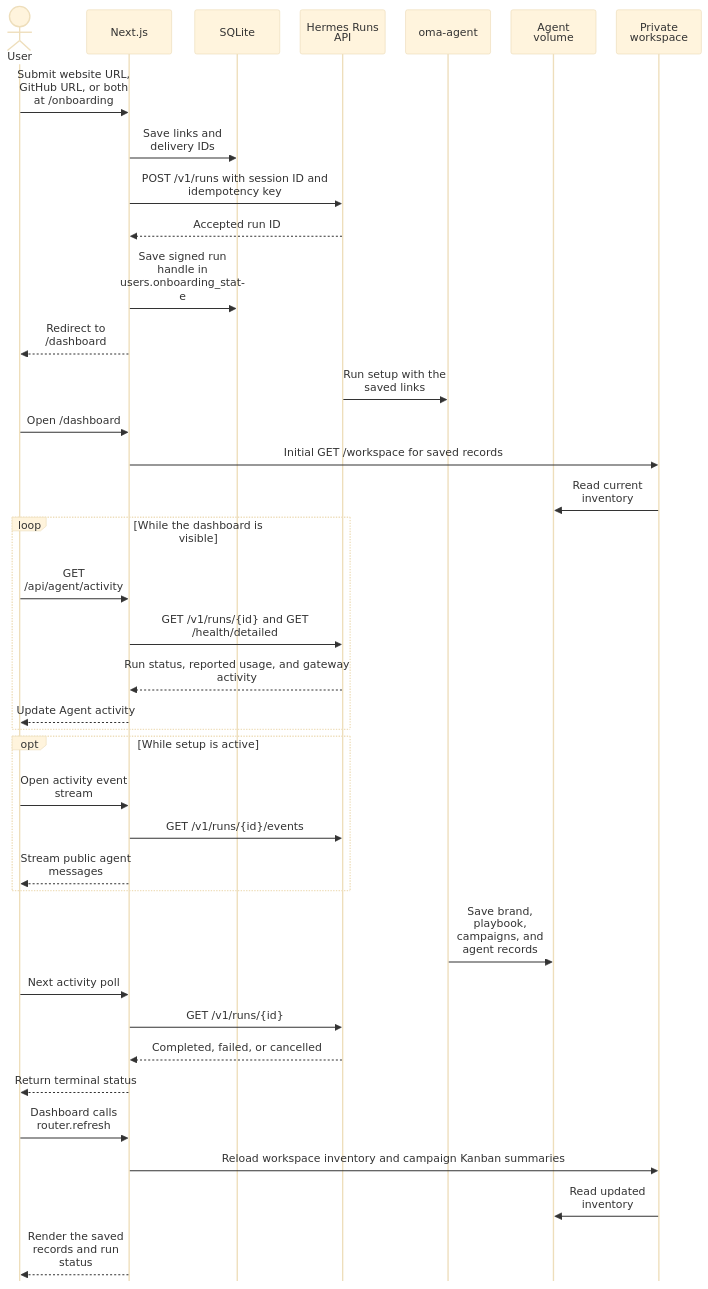
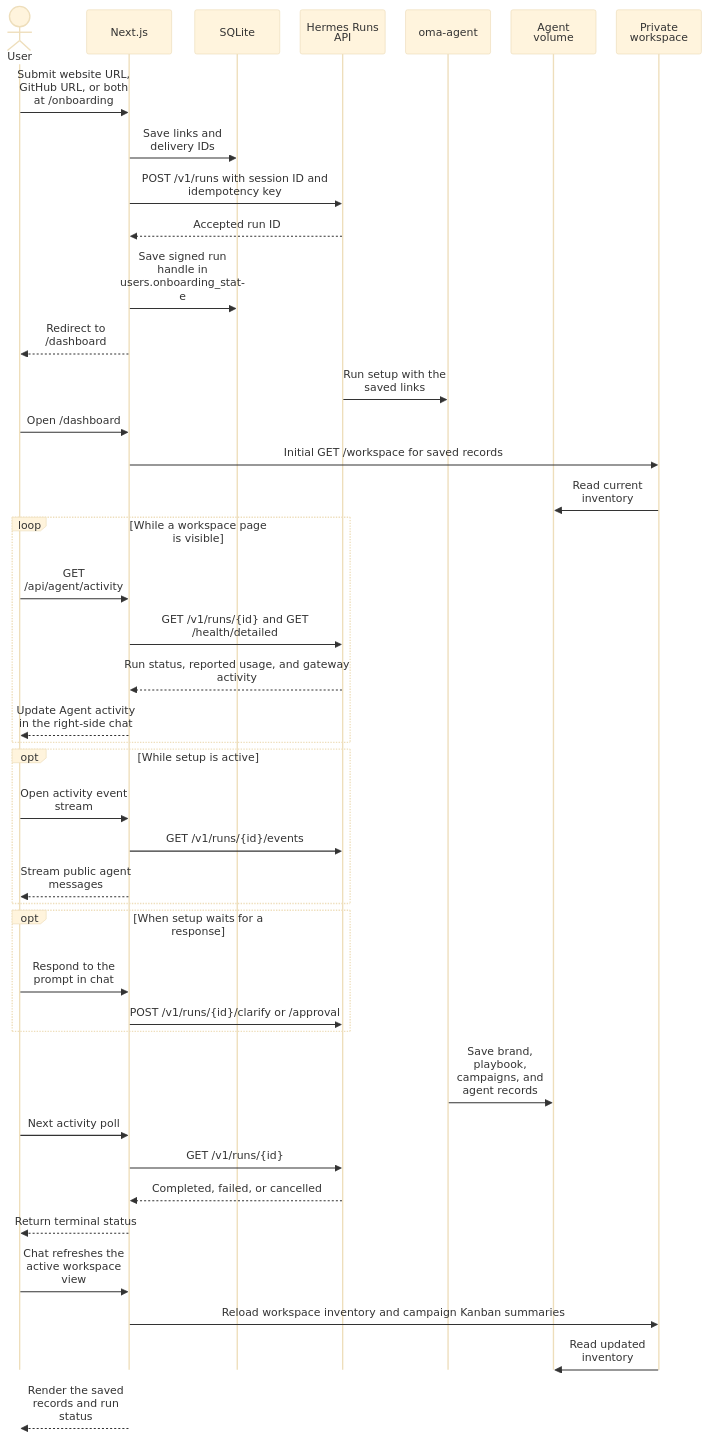
The third of 7 diagrams in docs/architecture.md (openmarketing-agency/openmarketing.agency), drawn with Mermaid (base theme) before and after one commit. The commit also changed other lines of this file and 2 other files, not shown here.

Commit message:
docs: document workspace chat and setup activity

````diff
--- a/docs/architecture.md
+++ b/docs/architecture.md
@@ -104,50 +104,54 @@
 ```mermaid
 ---
 config:
   sequence:
     actorMargin: 30
     width: 125
     diagramMarginX: 12
     wrap: true
     mirrorActors: false
 ---
 sequenceDiagram
     actor User
     participant Next as Next.js
     participant DB as SQLite
     participant Runs as Hermes Runs API
     participant Agent as oma-agent
     participant Disk as Agent volume
     participant WS as Private workspace
 
     User->>Next: Submit website URL, GitHub URL, or both at /onboarding
     Next->>DB: Save links and delivery IDs
     Next->>Runs: POST /v1/runs with session ID and idempotency key
     Runs-->>Next: Accepted run ID
     Next->>DB: Save signed run handle in users.onboarding_state
     Next-->>User: Redirect to /dashboard
     Runs->>Agent: Run setup with the saved links
     User->>Next: Open /dashboard
     Next->>WS: Initial GET /workspace for saved records
     WS->>Disk: Read current inventory
-    loop While the dashboard is visible
+    loop While a workspace page is visible
         User->>Next: GET /api/agent/activity
         Next->>Runs: GET /v1/runs/{id} and GET /health/detailed
         Runs-->>Next: Run status, reported usage, and gateway activity
-        Next-->>User: Update Agent activity
+        Next-->>User: Update Agent activity in the right-side chat
     end
     opt While setup is active
         User->>Next: Open activity event stream
         Next->>Runs: GET /v1/runs/{id}/events
         Next-->>User: Stream public agent messages
     end
+    opt When setup waits for a response
+        User->>Next: Respond to the prompt in chat
+        Next->>Runs: POST /v1/runs/{id}/clarify or /approval
+    end
     Agent->>Disk: Save brand, playbook, campaigns, and agent records
     User->>Next: Next activity poll
     Next->>Runs: GET /v1/runs/{id}
     Runs-->>Next: Completed, failed, or cancelled
     Next-->>User: Return terminal status
-    User->>Next: Dashboard calls router.refresh
+    User->>Next: Chat refreshes the active workspace view
     Next->>WS: Reload workspace inventory and campaign Kanban summaries
     WS->>Disk: Read updated inventory
     Next-->>User: Render the saved records and run status
 ```
````
